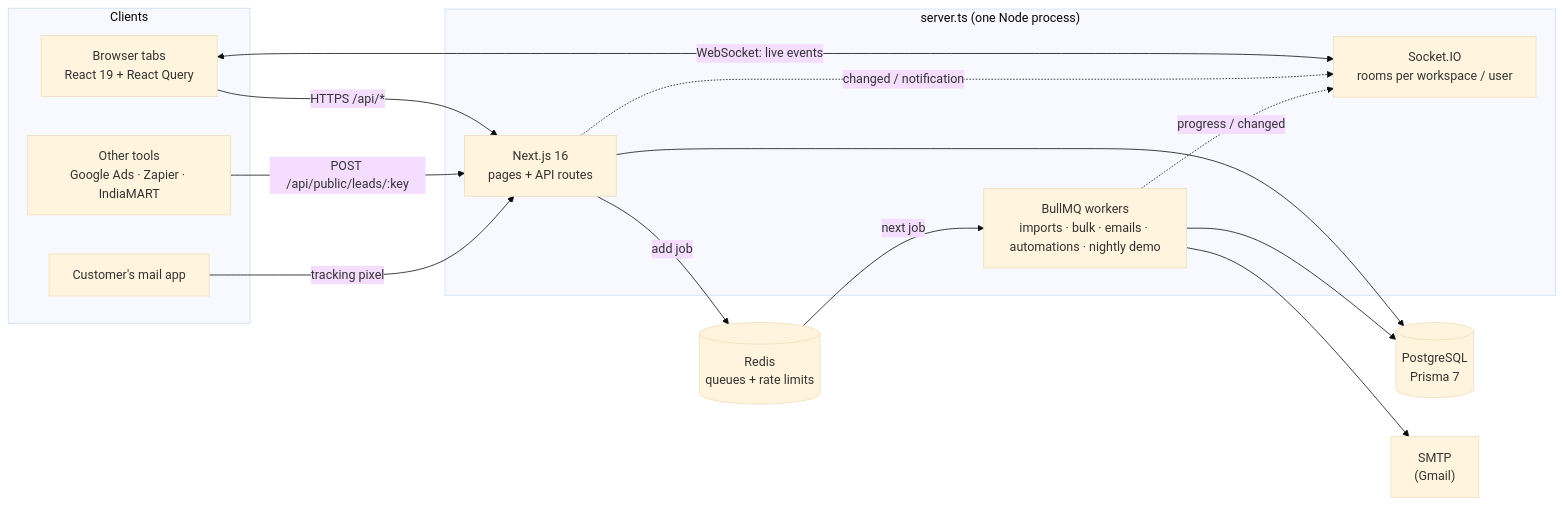
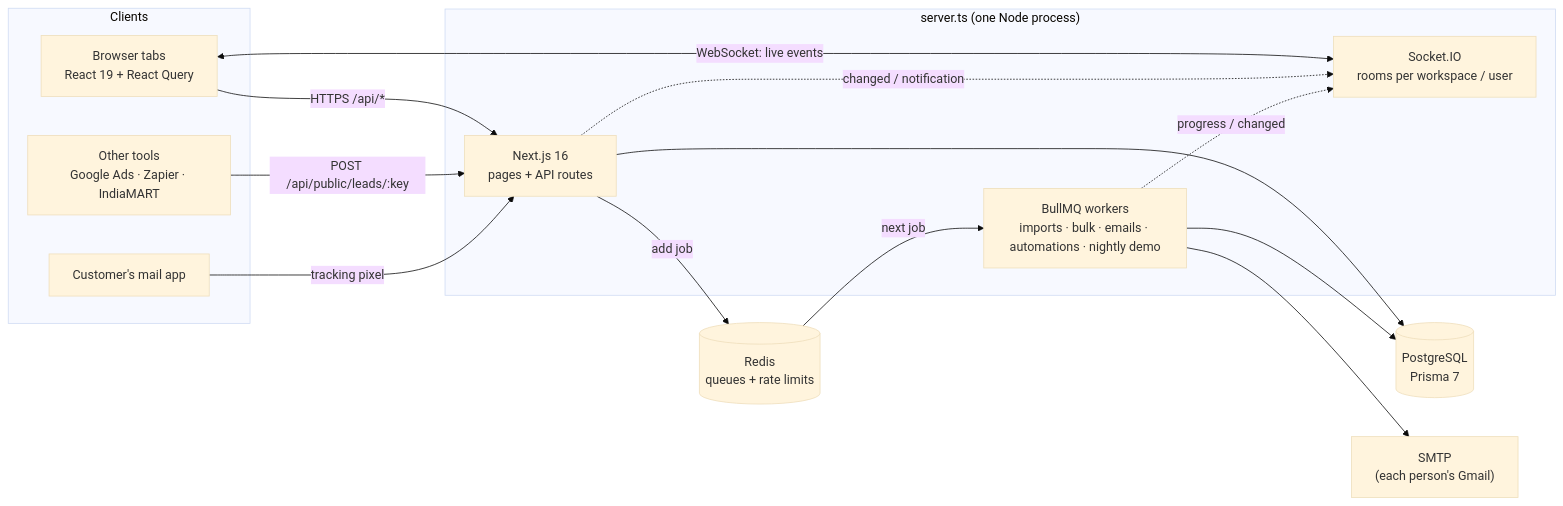
Before and after one commit to kavya-thakur/crm: the first of 7 diagrams in README.md, drawn with Mermaid (base theme). The commit also changed other lines of this file and 143 other files, not shown here.

````diff
--- a/README.md
+++ b/README.md
@@ -178,30 +187,30 @@
 ```mermaid
 flowchart LR
     subgraph Clients
         B["Browser tabs<br/>React 19 + React Query"]
         EXT["Other tools<br/>Google Ads · Zapier · IndiaMART"]
         MAIL["Customer's mail app"]
     end
 
     subgraph Node["server.ts (one Node process)"]
         NEXT["Next.js 16<br/>pages + API routes"]
         IO["Socket.IO<br/>rooms per workspace / user"]
         W["BullMQ workers<br/>imports · bulk · emails · automations · nightly demo"]
     end
 
     PG[("PostgreSQL<br/>Prisma 7")]
     R[("Redis<br/>queues + rate limits")]
-    SMTP["SMTP<br/>(Gmail)"]
+    SMTP["SMTP<br/>(each person's Gmail)"]
 
     B -- "HTTPS /api/*" --> NEXT
     B <-- "WebSocket: live events" --> IO
     EXT -- "POST /api/public/leads/:key" --> NEXT
     MAIL -- "tracking pixel" --> NEXT
     NEXT --> PG
     NEXT -- "add job" --> R
     R -- "next job" --> W
     W --> PG
     W --> SMTP
     NEXT -.->|"changed / notification"| IO
     W -.->|"progress / changed"| IO
 ```
````
